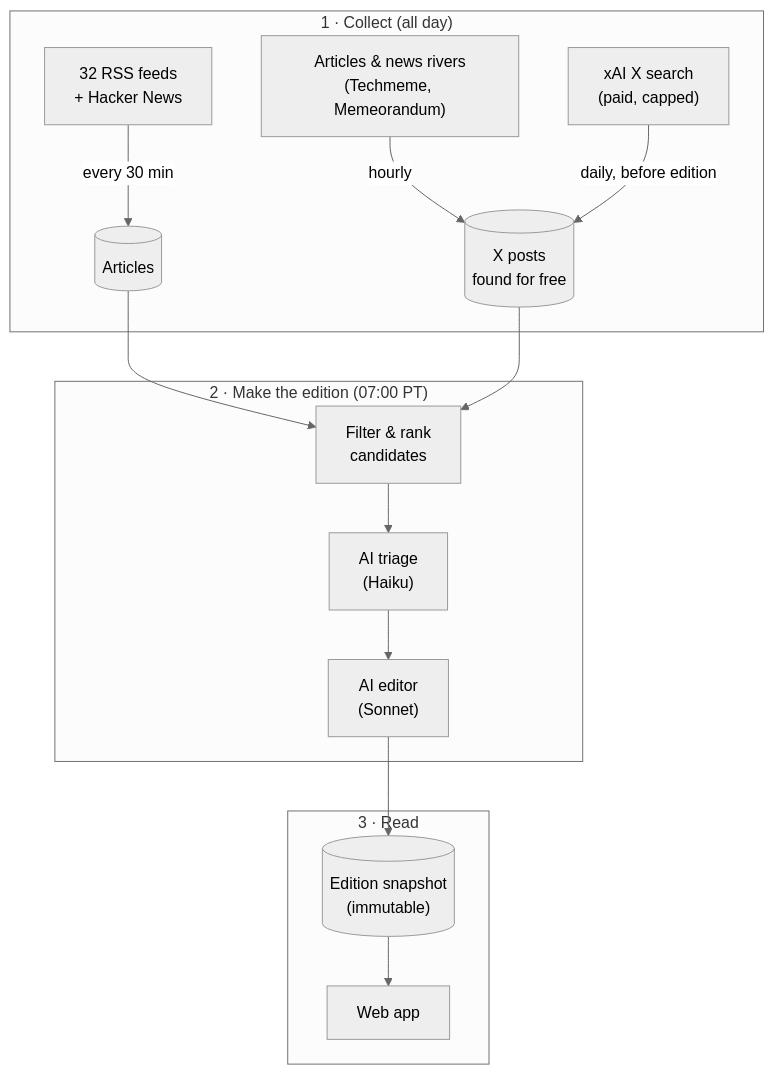
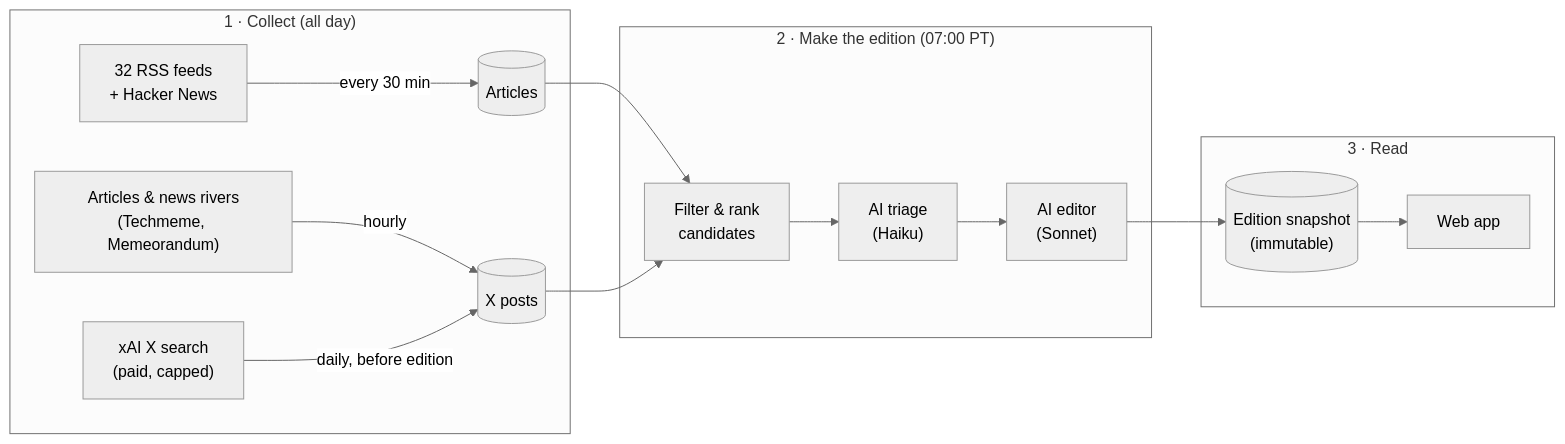
The diagram in docs/handbook/01-app/README.md (EmmadUsmani/news-digest), drawn with Mermaid (neutral theme) before and after one commit. The commit also changed 10 other files, not shown here.

First line of the commit message:
Handbook: audit and fix every diagram for overlaps and clarity

````diff
--- a/docs/handbook/01-app/README.md
+++ b/docs/handbook/01-app/README.md
@@ -8,17 +8,17 @@
 ```mermaid
-flowchart TB
+flowchart LR
   subgraph collect["1 · Collect (all day)"]
     rss["32 RSS feeds<br/>+ Hacker News"] -->|every 30 min| articles[("Articles")]
-    rivers["Articles & news rivers<br/>(Techmeme, Memeorandum)"] -->|hourly| xlinks[("X posts<br/>found for free")]
+    rivers["Articles & news rivers<br/>(Techmeme, Memeorandum)"] -->|hourly| xlinks[("X posts")]
     xai["xAI X search<br/>(paid, capped)"] -->|daily, before edition| xlinks
   end
   subgraph make["2 · Make the edition (07:00 PT)"]
     pick["Filter & rank<br/>candidates"] --> triage["AI triage<br/>(Haiku)"] --> edit["AI editor<br/>(Sonnet)"]
   end
   subgraph read["3 · Read"]
     snap[("Edition snapshot<br/>(immutable)")] --> ui["Web app"]
   end
   articles --> pick
   xlinks --> pick
   edit --> snap
 ```
````
